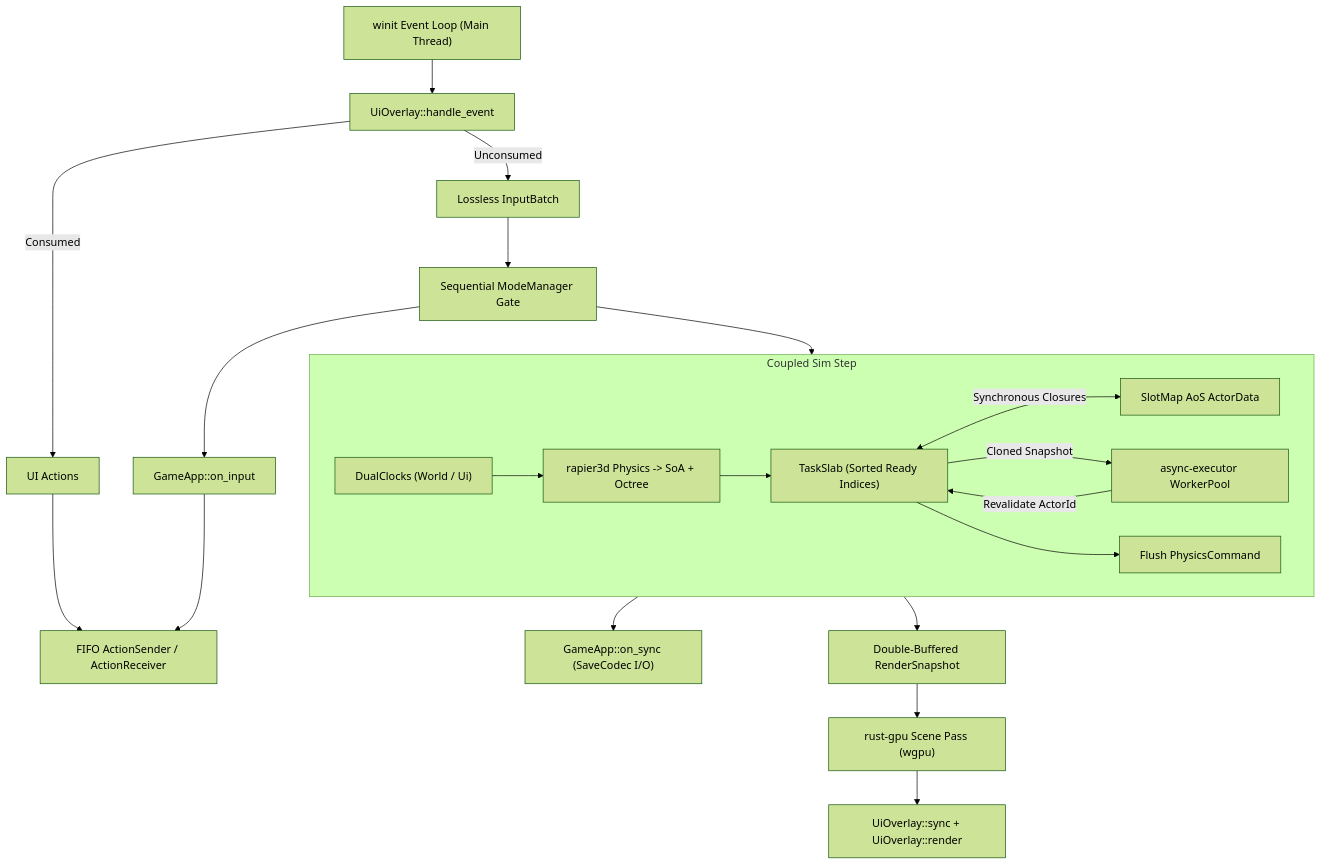
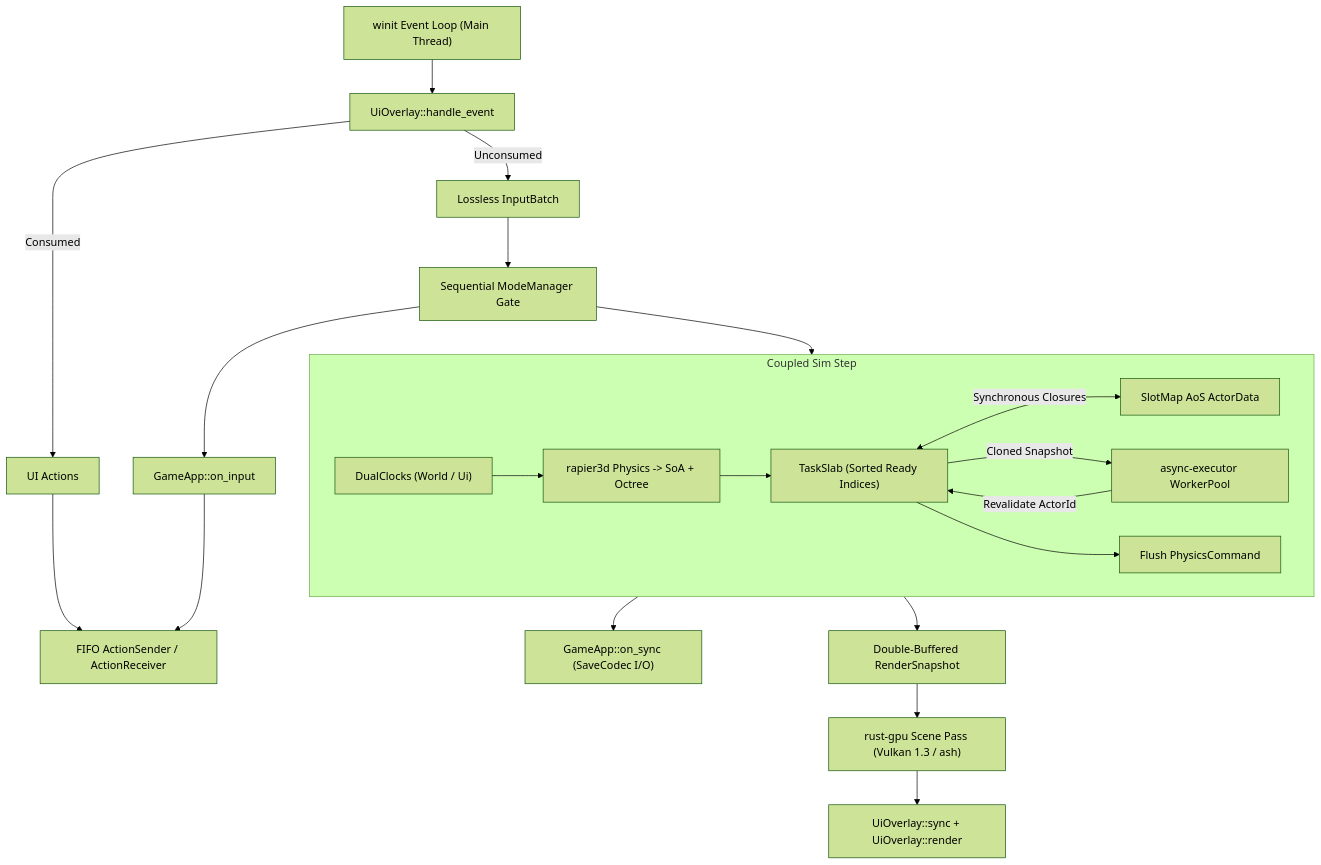
The diagram in docs/engine-architecture.md (dragon-engine/dragon-engine), drawn with Mermaid (forest theme) before and after one commit. The commit also changed other lines of this file and 10 other files, not shown here.

````diff
--- a/docs/engine-architecture.md
+++ b/docs/engine-architecture.md
@@ -5,23 +5,23 @@
 ```mermaid
 flowchart TD
     Winit["winit Event Loop (Main Thread)"] --> UIEv["UiOverlay::handle_event"]
     UIEv -->|Unconsumed| Batch["Lossless InputBatch"]
     UIEv -->|Consumed| UiAct["UI Actions"]
     UiAct --> FIFO["FIFO ActionSender / ActionReceiver"]
     Batch --> ModeGate["Sequential ModeManager Gate"]
     ModeGate --> AppInput["GameApp::on_input"]
     AppInput --> FIFO
     ModeGate --> SimStep["Coupled Sim Step"]
     subgraph SimStep["Coupled Sim Step"]
         Clocks["DualClocks (World / Ui)"] --> Physics["rapier3d Physics -> SoA + Octree"]
         Physics --> Slab["TaskSlab (Sorted Ready Indices)"]
         Slab <-->|Synchronous Closures| AoS["SlotMap AoS ActorData"]
         Slab -->|Cloned Snapshot| Pool["async-executor WorkerPool"]
         Pool -->|Revalidate ActorId| Slab
         Slab --> Flush["Flush PhysicsCommand"]
     end
     SimStep --> Sync["GameApp::on_sync (SaveCodec I/O)"]
     SimStep --> Snap["Double-Buffered RenderSnapshot"]
-    Snap --> Render3D["rust-gpu Scene Pass (wgpu)"]
+    Snap --> Render3D["rust-gpu Scene Pass (Vulkan 1.3 / ash)"]
     Render3D --> UiSync["UiOverlay::sync + UiOverlay::render"]
 ```
````
